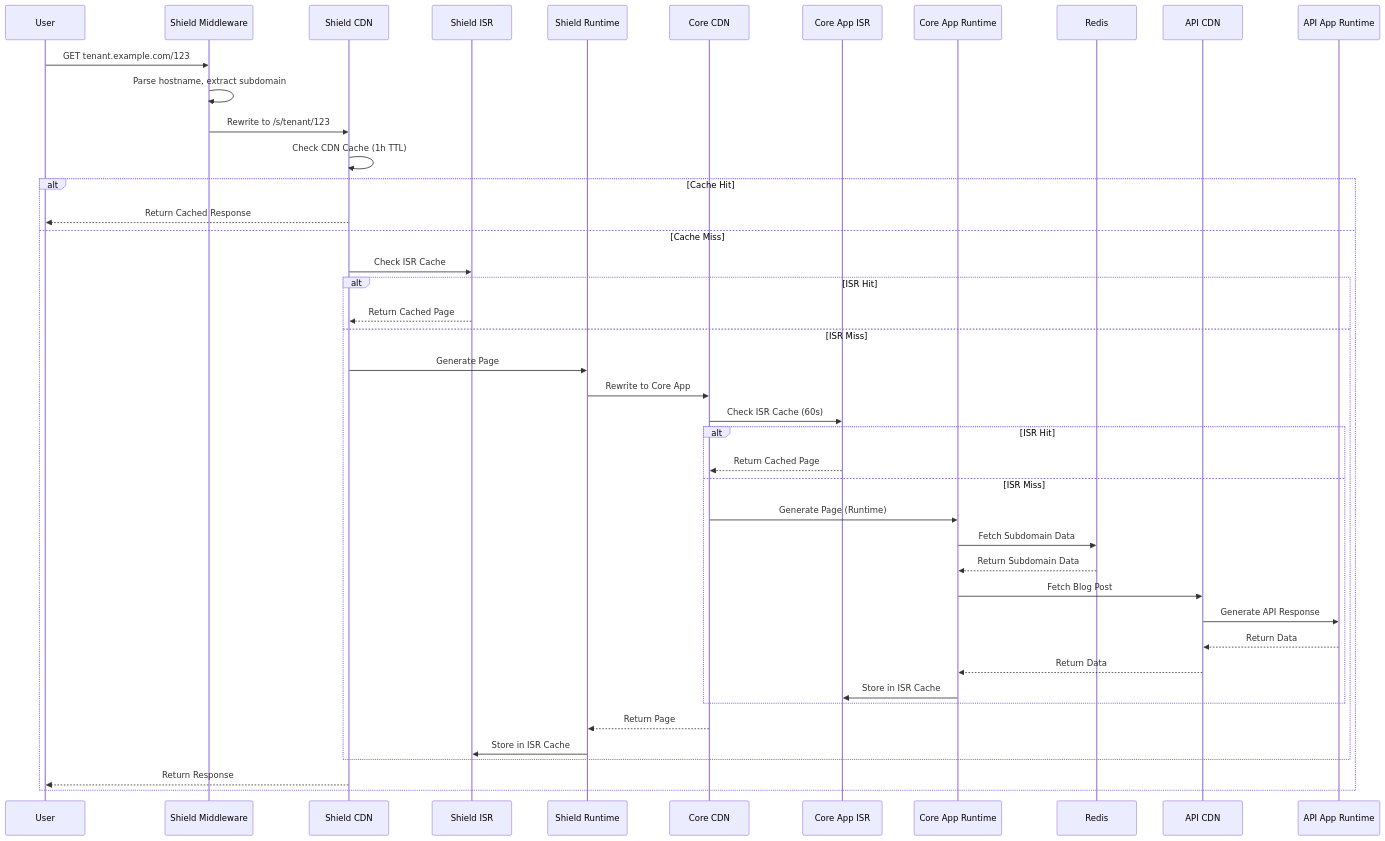
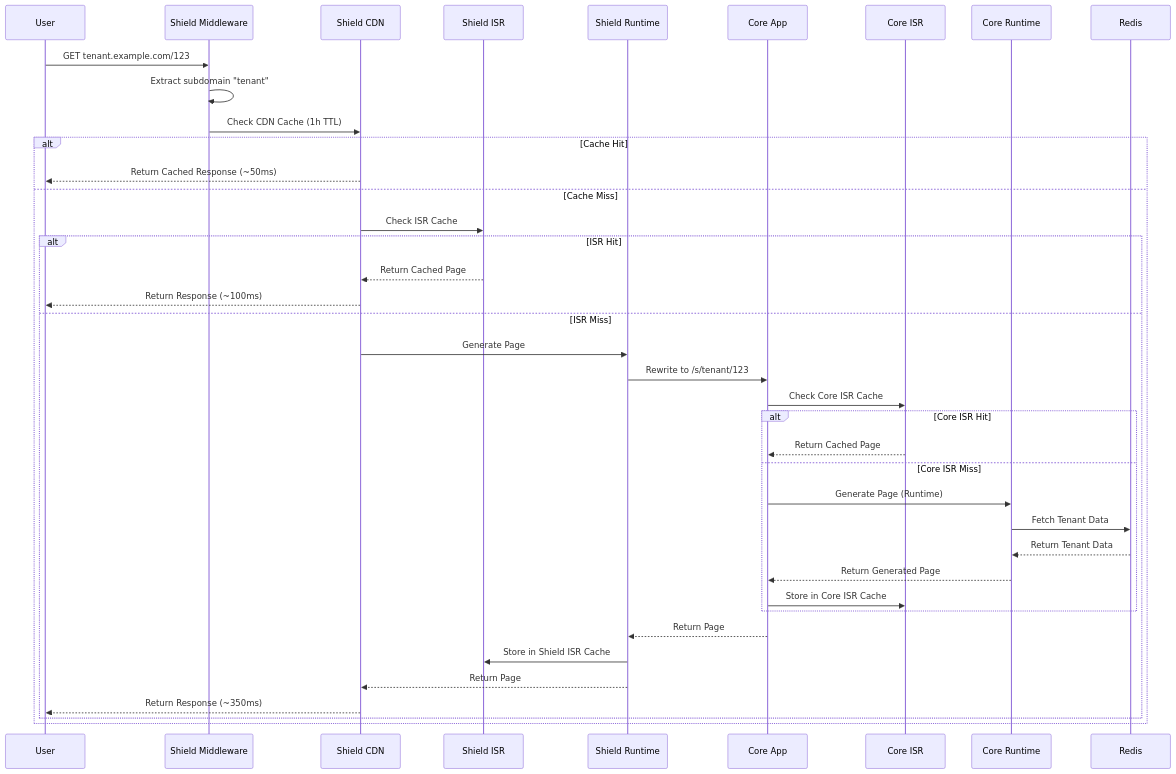
The fifth of 6 diagrams in docs/ARCHITECTURE.md (vercel-labs/isr-platform-shield), drawn with Mermaid before and after one commit. The commit also changed other lines of this file and 1 other file, not shown here.

````diff
--- a/docs/ARCHITECTURE.md
+++ b/docs/ARCHITECTURE.md
@@ -133,46 +249,43 @@
 ```mermaid
 sequenceDiagram
     participant U as User
-    participant VCL_MW as Shield Middleware
-    participant VCL as Shield CDN
-    participant VCL_ISR as Shield ISR
-    participant VCL_RT as Shield Runtime
-    participant VCA as Core CDN
-    participant VCA_ISR as Core App ISR
-    participant VCA_RT as Core App Runtime
+    participant MW as Shield Middleware
+    participant CDN as Shield CDN
+    participant ISR as Shield ISR
+    participant RT as Shield Runtime
+    participant CORE as Core App
+    participant CORE_ISR as Core ISR
+    participant CORE_RT as Core Runtime
     participant R as Redis
-    participant VAPI as API CDN
-    participant VAPI_RT as API App Runtime
 
-    U->>VCL_MW: GET tenant.example.com/123
-    VCL_MW->>VCL_MW: Parse hostname, extract subdomain
-    VCL_MW->>VCL: Rewrite to /s/tenant/123
-    VCL->>VCL: Check CDN Cache (1h TTL)
+    U->>MW: GET tenant.example.com/123
+    MW->>MW: Extract subdomain "tenant"
+    MW->>CDN: Check CDN Cache (1h TTL)
+
     alt Cache Hit
-        VCL-->>U: Return Cached Response
+        CDN-->>U: Return Cached Response (~50ms)
     else Cache Miss
-        VCL->>VCL_ISR: Check ISR Cache
+        CDN->>ISR: Check ISR Cache
         alt ISR Hit
-            VCL_ISR-->>VCL: Return Cached Page
+            ISR-->>CDN: Return Cached Page
+            CDN-->>U: Return Response (~100ms)
         else ISR Miss
-            VCL->>VCL_RT: Generate Page
-            VCL_RT->>VCA: Rewrite to Core App
-            VCA->>VCA_ISR: Check ISR Cache (60s)
-            alt ISR Hit
-                VCA_ISR-->>VCA: Return Cached Page
-            else ISR Miss
-                VCA->>VCA_RT: Generate Page (Runtime)
-                VCA_RT->>R: Fetch Subdomain Data
-                R-->>VCA_RT: Return Subdomain Data
-                VCA_RT->>VAPI: Fetch Blog Post
-                VAPI->>VAPI_RT: Generate API Response
-                VAPI_RT-->>VAPI: Return Data
-                VAPI-->>VCA_RT: Return Data
-                VCA_RT->>VCA_ISR: Store in ISR Cache
+            CDN->>RT: Generate Page
+            RT->>CORE: Rewrite to /s/tenant/123
+            CORE->>CORE_ISR: Check Core ISR Cache
+            alt Core ISR Hit
+                CORE_ISR-->>CORE: Return Cached Page
+            else Core ISR Miss
+                CORE->>CORE_RT: Generate Page (Runtime)
+                CORE_RT->>R: Fetch Tenant Data
+                R-->>CORE_RT: Return Tenant Data
+                CORE_RT-->>CORE: Return Generated Page
+                CORE->>CORE_ISR: Store in Core ISR Cache
             end
-            VCA-->>VCL_RT: Return Page
-            VCL_RT->>VCL_ISR: Store in ISR Cache
+            CORE-->>RT: Return Page
+            RT->>ISR: Store in Shield ISR Cache
+            RT-->>CDN: Return Page
+            CDN-->>U: Return Response (~350ms)
         end
-        VCL-->>U: Return Response
     end
 ```
````
